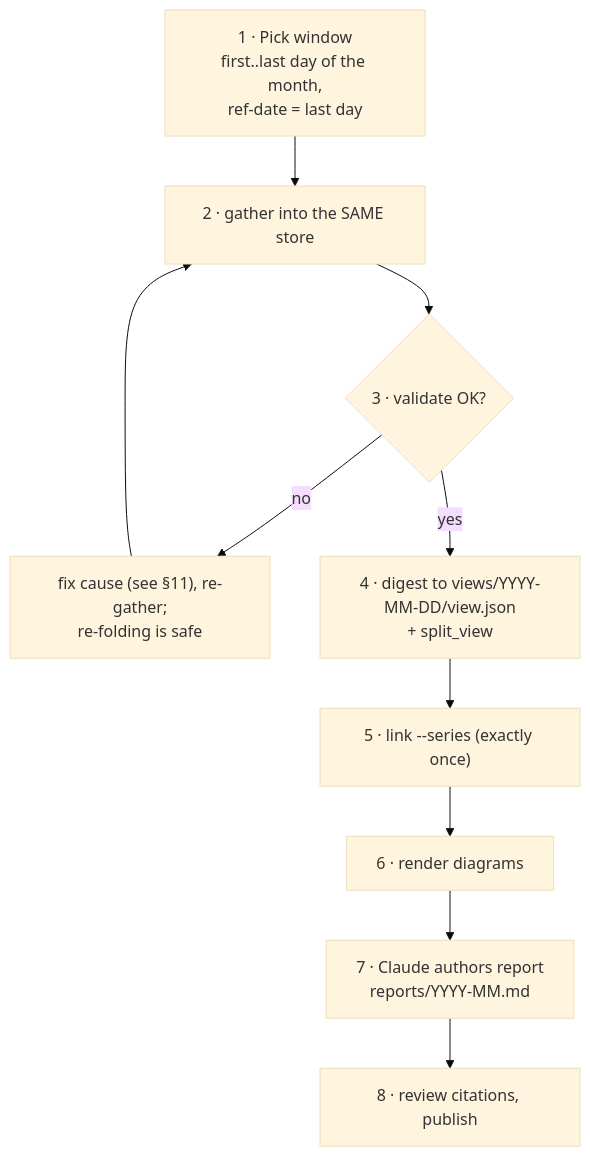
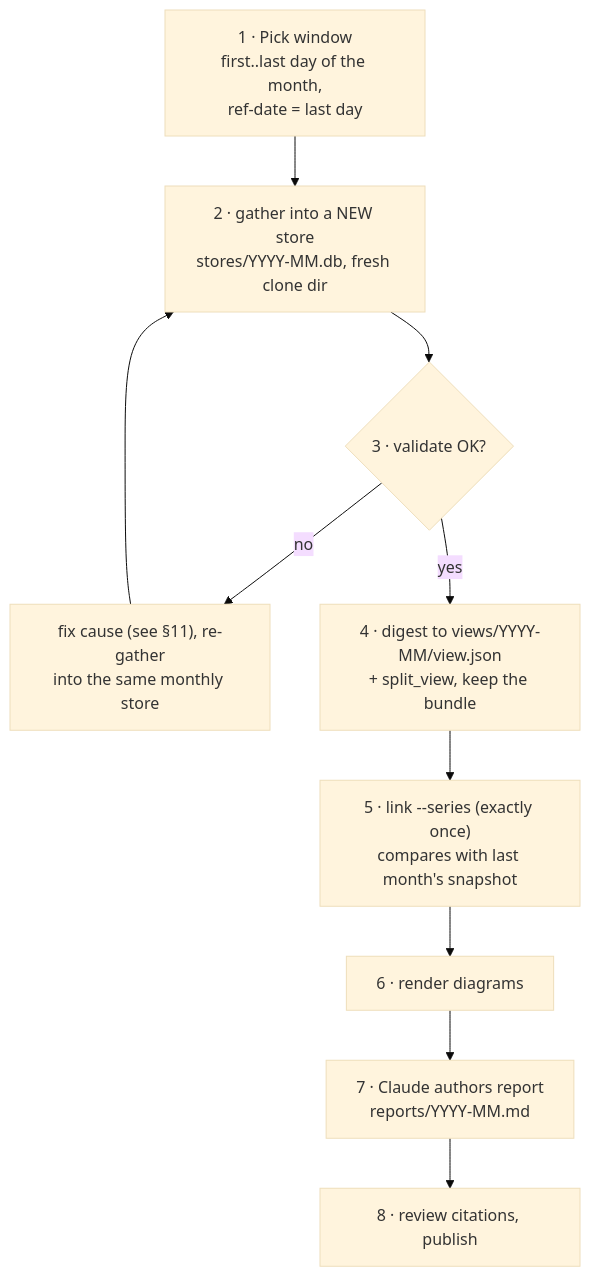
Before and after one commit to DamianFlynn/experiments: the first of 2 diagrams in .claude/skills/activity-overview/docs/USAGE.md, drawn with Mermaid (base theme). The commit also changed other lines of this file and 2 other files, not shown here.

First line of the commit message:
activity-overview docs: address review — single-window stores per installment

````diff
--- a/.claude/skills/activity-overview/docs/USAGE.md
+++ b/.claude/skills/activity-overview/docs/USAGE.md
@@ -175,11 +188,11 @@
 ```mermaid
 flowchart TB
-  a["1 · Pick window<br/>first..last day of the month,<br/>ref-date = last day"] --> b["2 · gather into the SAME store"]
+  a["1 · Pick window<br/>first..last day of the month,<br/>ref-date = last day"] --> b["2 · gather into a NEW store<br/>stores/YYYY-MM.db, fresh clone dir"]
   b --> c{"3 · validate OK?"}
-  c -- no --> fix["fix cause (see §11), re-gather;<br/>re-folding is safe"] --> b
-  c -- yes --> d["4 · digest to views/YYYY-MM-DD/view.json<br/>+ split_view"]
-  d --> e["5 · link --series (exactly once)"]
+  c -- no --> fix["fix cause (see §11), re-gather<br/>into the same monthly store"] --> b
+  c -- yes --> d["4 · digest to views/YYYY-MM/view.json<br/>+ split_view, keep the bundle"]
+  d --> e["5 · link --series (exactly once)<br/>compares with last month's snapshot"]
   e --> f["6 · render diagrams"]
   f --> g["7 · Claude authors report<br/>reports/YYYY-MM.md"]
   g --> h["8 · review citations, publish"]
 ```
````
